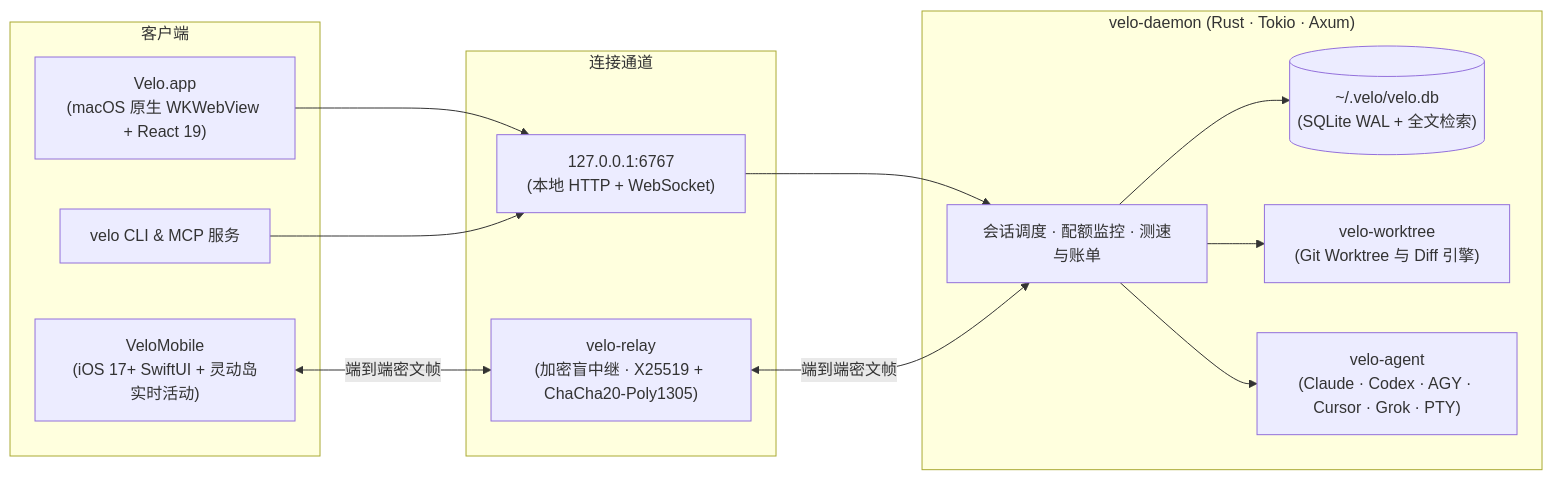
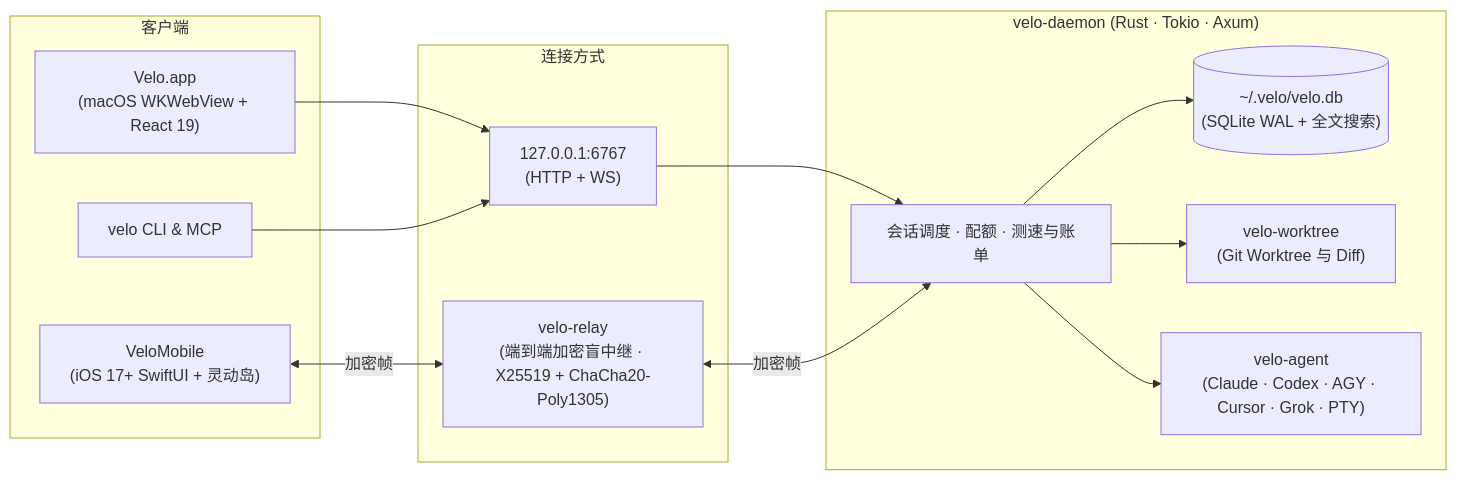
The diagram in README.zh-CN.md (davaded/velo), drawn with Mermaid before and after one commit. The commit also changed other lines of this file and 1 other file, not shown here.

````diff
--- a/README.zh-CN.md
+++ b/README.zh-CN.md
@@ -149,27 +97,27 @@
 ```mermaid
 flowchart LR
     subgraph Clients["客户端"]
-        Mac["Velo.app\n(macOS 原生 WKWebView + React 19)"]
-        iOS["VeloMobile\n(iOS 17+ SwiftUI + 灵动岛实时活动)"]
-        CLI["velo CLI & MCP 服务"]
+        Mac["Velo.app\n(macOS WKWebView + React 19)"]
+        iOS["VeloMobile\n(iOS 17+ SwiftUI + 灵动岛)"]
+        CLI["velo CLI & MCP"]
     end
 
-    subgraph Transport["连接通道"]
-        Local["127.0.0.1:6767\n(本地 HTTP + WebSocket)"]
-        Relay["velo-relay\n(加密盲中继 · X25519 + ChaCha20-Poly1305)"]
+    subgraph Transport["连接方式"]
+        Local["127.0.0.1:6767\n(HTTP + WS)"]
+        Relay["velo-relay\n(端到端加密盲中继 · X25519 + ChaCha20-Poly1305)"]
     end
 
     subgraph Core["velo-daemon (Rust · Tokio · Axum)"]
-        Supervisor["会话调度 · 配额监控 · 测速与账单"]
-        DB[("~/.velo/velo.db\n(SQLite WAL + 全文检索)")]
-        WT["velo-worktree\n(Git Worktree 与 Diff 引擎)"]
+        Supervisor["会话调度 · 配额 · 测速与账单"]
+        DB[("~/.velo/velo.db\n(SQLite WAL + 全文搜索)")]
+        WT["velo-worktree\n(Git Worktree 与 Diff)"]
         Agents["velo-agent\n(Claude · Codex · AGY · Cursor · Grok · PTY)"]
     end
 
     Mac --> Local --> Supervisor
     CLI --> Local
-    iOS <-->|"端到端密文帧"| Relay <-->|"端到端密文帧"| Supervisor
+    iOS <-->|"加密帧"| Relay <-->|"加密帧"| Supervisor
     Supervisor --> DB
     Supervisor --> WT
     Supervisor --> Agents
 ```
````
